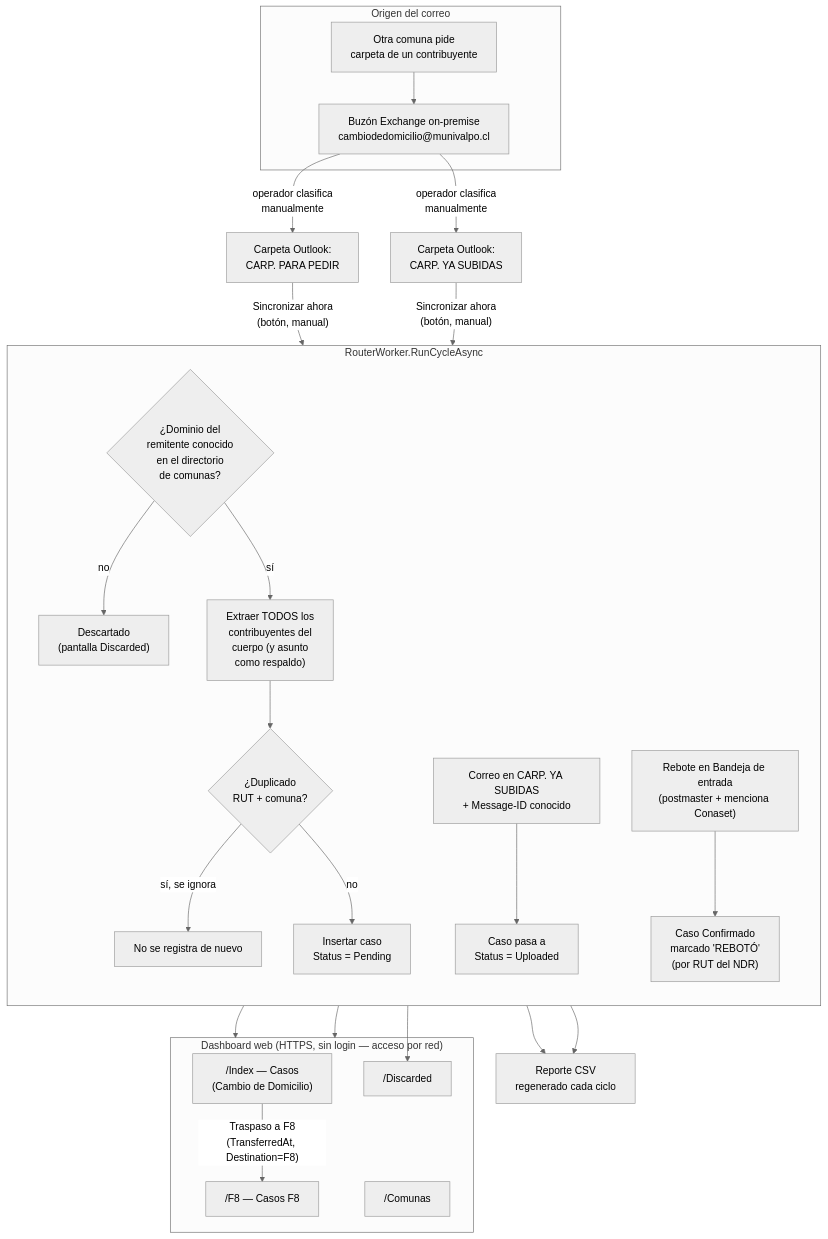
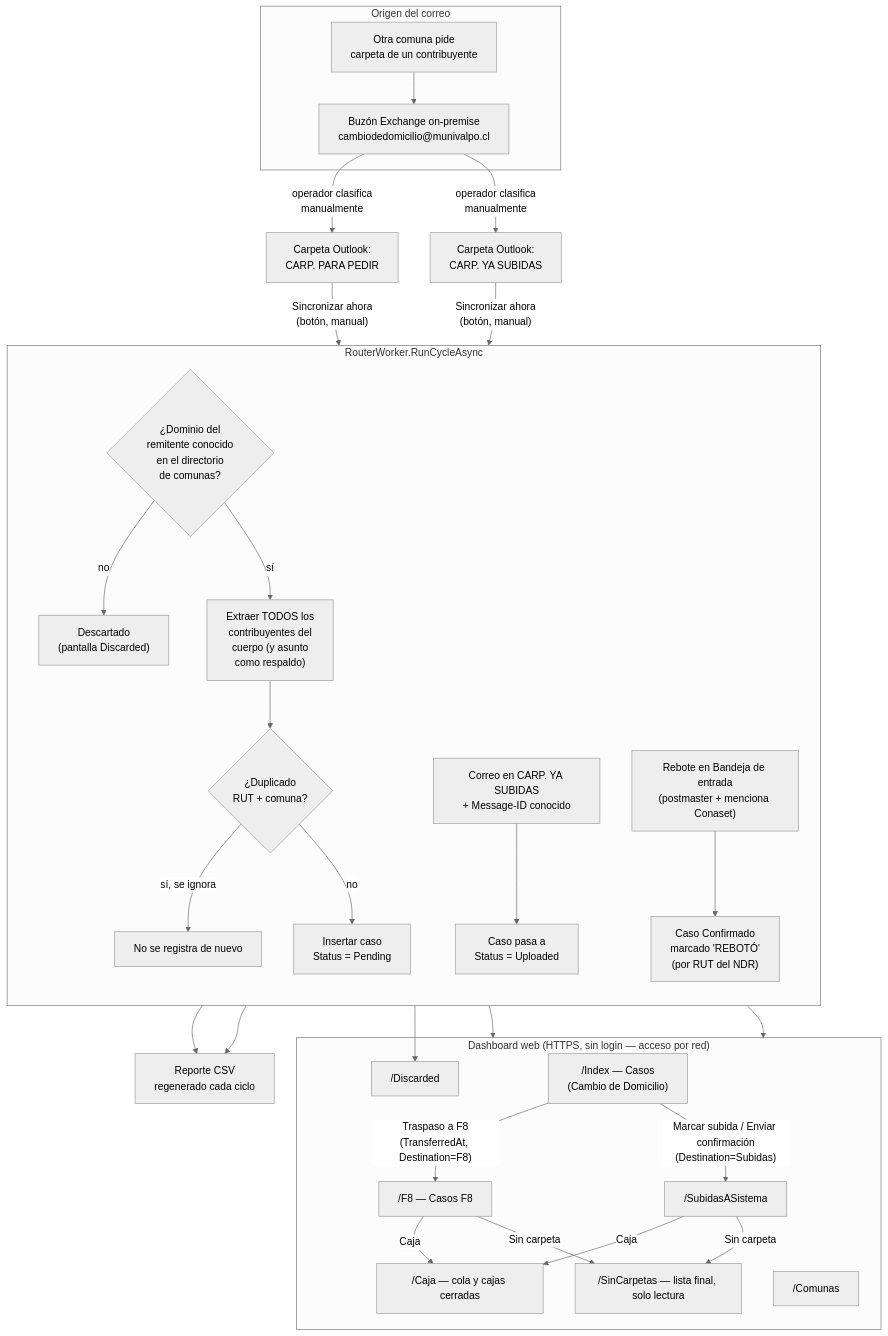
Before and after one commit to corsal2025/cambio-de-domicilio: the first of 7 diagrams in docs/diagrama-sistema.md, drawn with Mermaid (neutral theme). The commit also changed other lines of this file and 11 other files, not shown here.

````diff
--- a/docs/diagrama-sistema.md
+++ b/docs/diagrama-sistema.md
@@ -10,42 +10,50 @@
 ```mermaid
 flowchart TB
     subgraph Origen["Origen del correo"]
         M1["Otra comuna pide<br/>carpeta de un contribuyente"]
         M2["Buzón Exchange on-premise<br/>cambiodedomicilio@munivalpo.cl"]
         M1 --> M2
     end
 
     M2 -->|"operador clasifica<br/>manualmente"| F1["Carpeta Outlook:<br/>CARP. PARA PEDIR"]
     M2 -->|"operador clasifica<br/>manualmente"| F2["Carpeta Outlook:<br/>CARP. YA SUBIDAS"]
 
     F1 -->|"Sincronizar ahora<br/>(botón, manual)"| RW
     F2 -->|"Sincronizar ahora<br/>(botón, manual)"| RW
 
     subgraph RW["RouterWorker.RunCycleAsync"]
         direction TB
         D{"¿Dominio del<br/>remitente conocido<br/>en el directorio<br/>de comunas?"}
         D -->|no| DISC["Descartado<br/>(pantalla Discarded)"]
         D -->|sí| EX["Extraer TODOS los<br/>contribuyentes del<br/>cuerpo (y asunto<br/>como respaldo)"]
         EX --> DUP{"¿Duplicado<br/>RUT + comuna?"}
         DUP -->|sí, se ignora| SKIP["No se registra de nuevo"]
         DUP -->|no| INS["Insertar caso<br/>Status = Pending"]
         UP["Correo en CARP. YA SUBIDAS<br/>+ Message-ID conocido"] --> SETUP["Caso pasa a<br/>Status = Uploaded"]
         NDR["Rebote en Bandeja de entrada<br/>(postmaster + menciona Conaset)"] --> BNC["Caso Confirmado<br/>marcado 'REBOTÓ'<br/>(por RUT del NDR)"]
     end
 
     INS --> CSV["Reporte CSV<br/>regenerado cada ciclo"]
     SETUP --> CSV
 
     INS --> DASH
     SETUP --> DASH
 
     subgraph DASH["Dashboard web (HTTPS, sin login — acceso por red)"]
         CASOS["/Index — Casos<br/>(Cambio de Domicilio)"]
         F8P["/F8 — Casos F8"]
+        SUBP["/SubidasASistema"]
+        CAJAP["/Caja — cola y cajas cerradas"]
+        SINP["/SinCarpetas — lista final, solo lectura"]
         DISCP["/Discarded"]
         COMU["/Comunas"]
     end
 
     CASOS -->|"Traspaso a F8<br/>(TransferredAt, Destination=F8)"| F8P
+    CASOS -->|"Marcar subida / Enviar confirmación<br/>(Destination=Subidas)"| SUBP
+    SUBP -->|"Caja"| CAJAP
+    F8P -->|"Caja"| CAJAP
+    F8P -->|"Sin carpeta"| SINP
+    SUBP -->|"Sin carpeta"| SINP
     DISC --> DISCP
 ```
````
